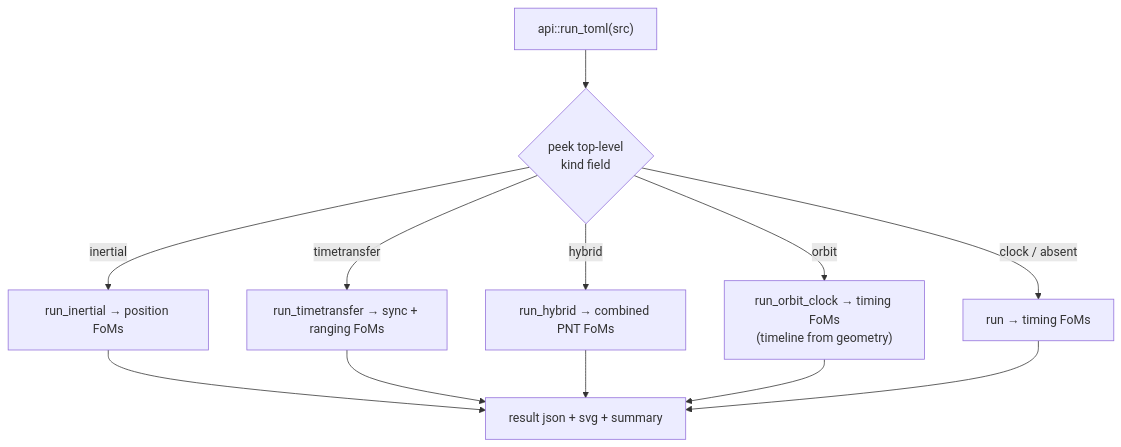
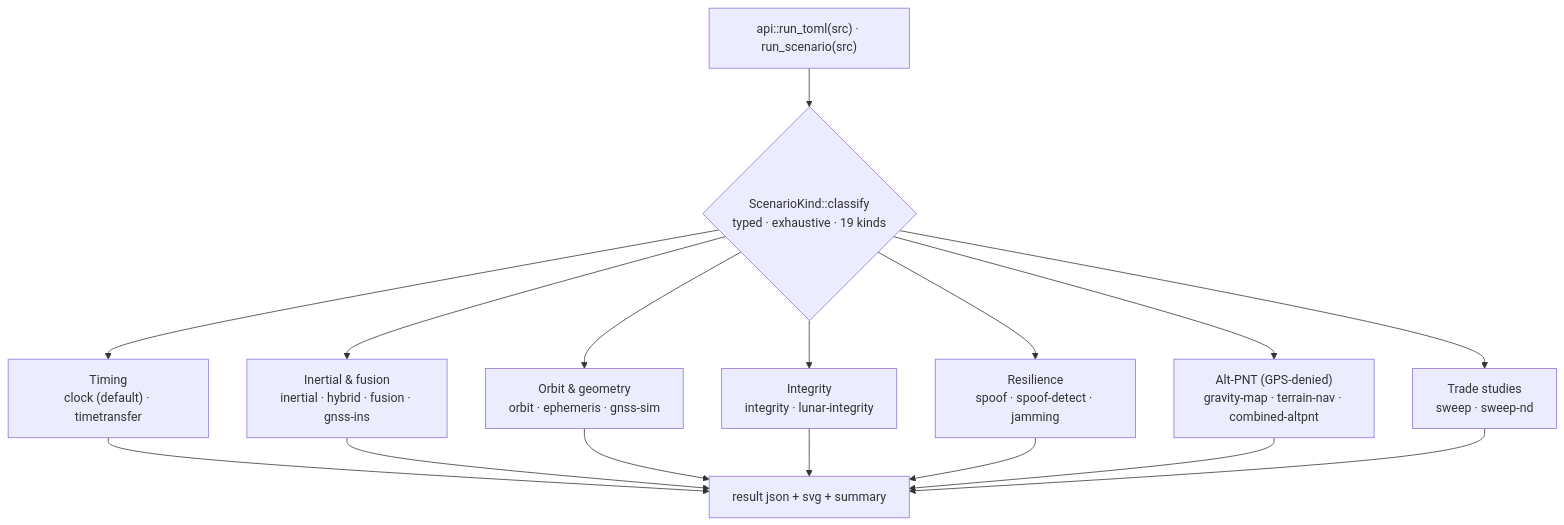
Before and after one commit to ashfordeOU/kshana: the fifth of 7 diagrams in docs/ARCHITECTURE.md, drawn with Mermaid. The commit also changed other lines of this file and 2 other files, not shown here.

````diff
--- a/docs/ARCHITECTURE.md
+++ b/docs/ARCHITECTURE.md
@@ -231,14 +247,18 @@
 ```mermaid
 flowchart TD
-    F["api::run_toml(src)"] --> K{"peek top-level<br/>kind field"}
-    K -- "inertial" --> RI["run_inertial → position FoMs"]
-    K -- "timetransfer" --> RT["run_timetransfer → sync + ranging FoMs"]
-    K -- "hybrid" --> RH["run_hybrid → combined PNT FoMs"]
-    K -- "orbit" --> RO["run_orbit_clock → timing FoMs<br/>(timeline from geometry)"]
-    K -- "clock / absent" --> RC["run → timing FoMs"]
-    RI --> W["result json + svg + summary"]
-    RT --> W
-    RH --> W
-    RO --> W
-    RC --> W
+    F["api::run_toml(src) · run_scenario(src)"] --> K{"ScenarioKind::classify<br/>typed · exhaustive · 19 kinds"}
+    K --> G1["Timing<br/>clock (default) · timetransfer"]
+    K --> G2["Inertial & fusion<br/>inertial · hybrid · fusion · gnss-ins"]
+    K --> G3["Orbit & geometry<br/>orbit · ephemeris · gnss-sim"]
+    K --> G4["Integrity<br/>integrity · lunar-integrity"]
+    K --> G5["Resilience<br/>spoof · spoof-detect · jamming"]
+    K --> G6["Alt-PNT (GPS-denied)<br/>gravity-map · terrain-nav · combined-altpnt"]
+    K --> G7["Trade studies<br/>sweep · sweep-nd"]
+    G1 --> W["result json + svg + summary"]
+    G2 --> W
+    G3 --> W
+    G4 --> W
+    G5 --> W
+    G6 --> W
+    G7 --> W
 ```
````
